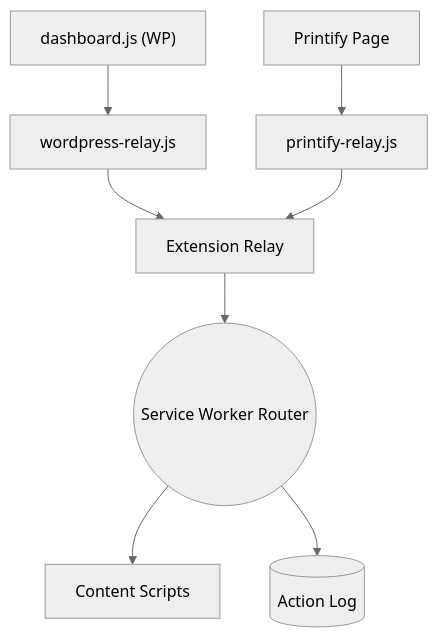
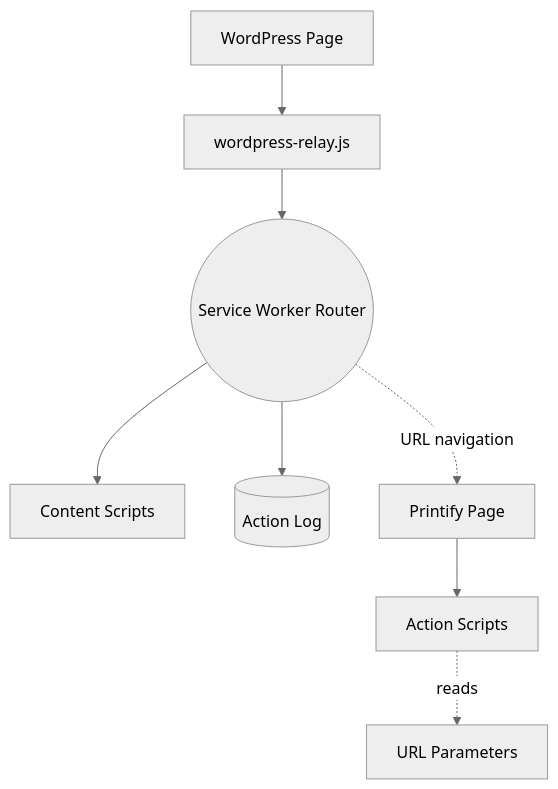
One commit to tdemelle-SiP/.claude changed the sixth of 9 diagrams in guidelines/sip-printify-manager-extension-guidelines-v2.md. Above: the diagram before and after it, drawn with Mermaid (neutral theme). The commit also changed other lines of this file, not shown here.

First line of the commit message:
updated the   sip-printify-manager-extension-guidelines-v2.md   documentation to align with the actual code   implementation. Here are the major changes made:

````diff
--- a/guidelines/sip-printify-manager-extension-guidelines-v2.md
+++ b/guidelines/sip-printify-manager-extension-guidelines-v2.md
@@ -250,12 +259,12 @@
 ```mermaid
 graph TD
-  WPPage["dashboard.js (WP)"] --> WPRelay[wordpress-relay.js]
-  PrintifyPage[Printify Page] --> PrintRel[printify-relay.js]
-
-  WPRelay --> Relay[Extension Relay]
-  PrintRel --> Relay
-  Relay --> Router((Service Worker Router))
-
+  WPPage["WordPress Page"] --> WPRelay[wordpress-relay.js]
+  WPRelay --> Router((Service Worker Router))
+  
   Router --> CS[Content Scripts]
   Router --> Logger[(Action Log)]
+  Router -. URL navigation .-> PrintifyPage[Printify Page]
+  
+  PrintifyPage --> Actions[Action Scripts]
+  Actions -. reads .-> URLParams[URL Parameters]
 ```
````
